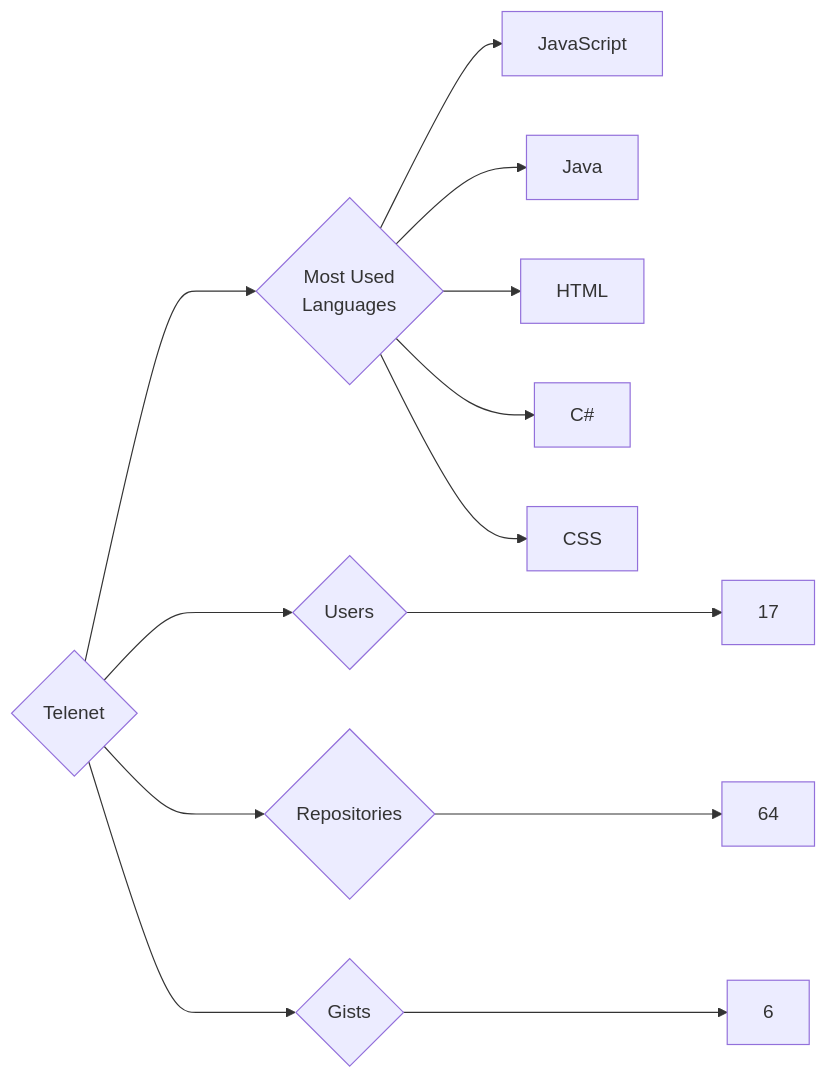
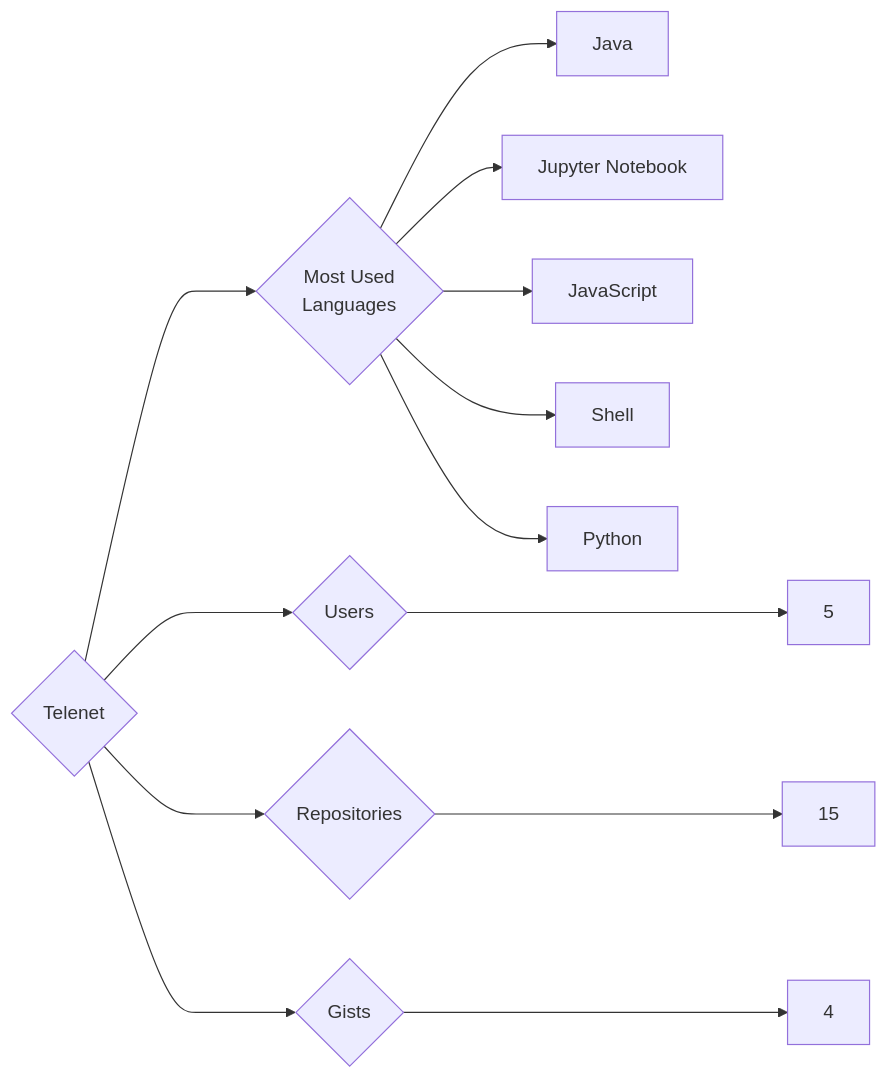
Before and after one commit to trickest/insiders: the diagram in targets/Telenet/README.md, drawn with Mermaid. The commit also changed 878 other files, not shown here.

````diff
--- a/targets/Telenet/README.md
+++ b/targets/Telenet/README.md
@@ -3,13 +3,13 @@
 ```mermaid
 graph LR
 COMPANY_NAME{Telenet}
-COMPANY_NAME ---> U{Users} ---> UN[17]
-COMPANY_NAME ---> R{Repositories} ---> RN[64]
-COMPANY_NAME ---> G{Gists} ---> GN[6]
+COMPANY_NAME ---> U{Users} ---> UN[5]
+COMPANY_NAME ---> R{Repositories} ---> RN[15]
+COMPANY_NAME ---> G{Gists} ---> GN[4]
 COMPANY_NAME ---> ML{Most Used<br>Languages}
+ML --> Java[Java]
+ML --> Jupyter_Notebook[Jupyter Notebook]
 ML --> JavaScript[JavaScript]
-ML --> Java[Java]
-ML --> HTML[HTML]
-ML --> C#[C#]
-ML --> CSS[CSS]
+ML --> Shell[Shell]
+ML --> Python[Python]
 ```
````
